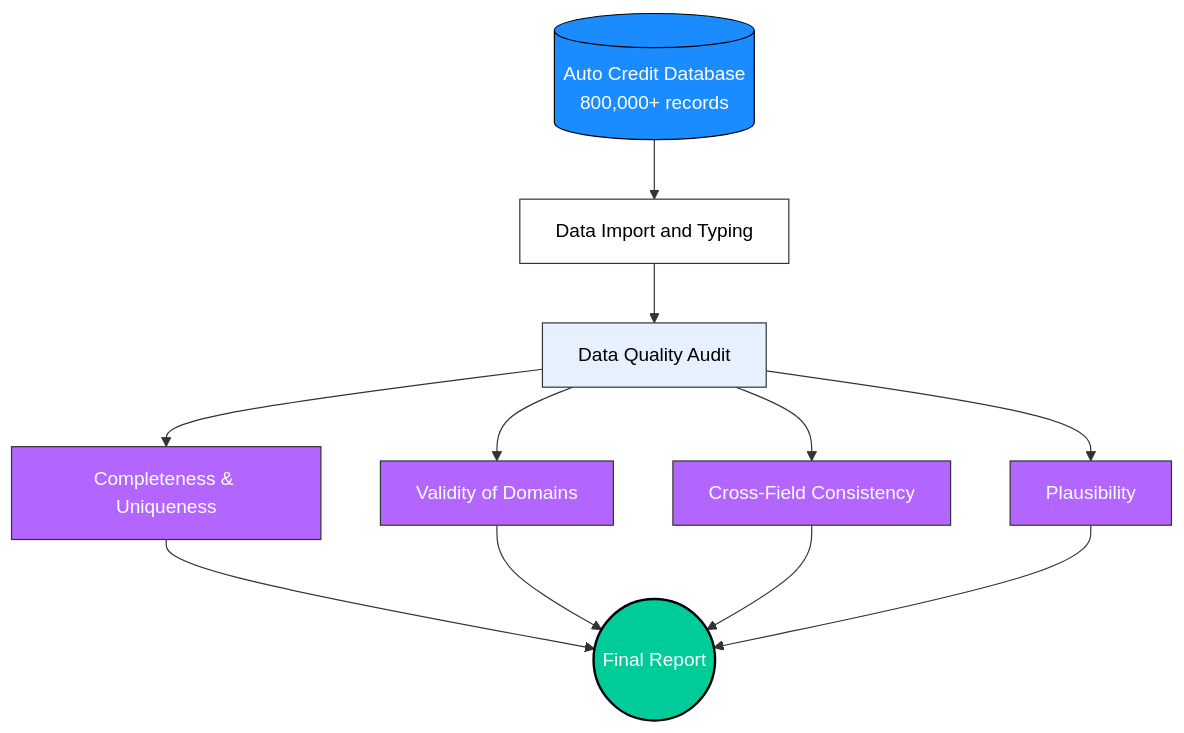
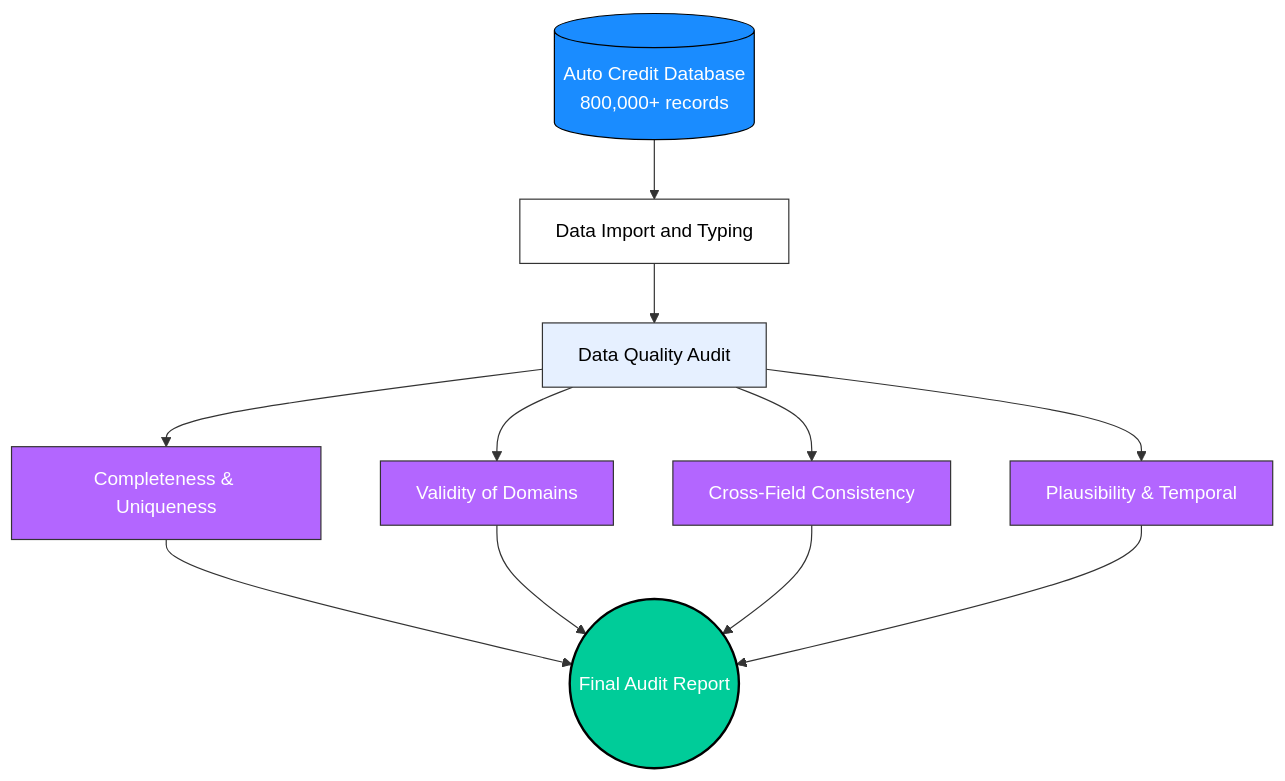
Before and after one commit to EnzoL987/Credit_Auto_Data_Quality_Audit_Econ: the diagram in README.md, drawn with Mermaid.

Commit message:
Update README for plausibility and report naming

````diff
--- a/README.md
+++ b/README.md
@@ -17,27 +17,27 @@
 ```mermaid 
 graph TD
     %% Source
     A[(Auto Credit Database <br/> 800,000+ records)]:::blue --> B[Data Import and Typing]:::white
 
     %% Audit of the 6 dimensions
     B --> C[Data Quality Audit]:::light
     
     C --> D[Completeness & Uniqueness]:::purple
     C --> E[Validity of Domains]:::purple
     C --> F[Cross-Field Consistency]:::purple
-    C --> G[Plausibility]:::purple
+    C --> G[Plausibility & Temporal]:::purple
 
     %% Report
-    D --> H((Final Report)):::green
+    D --> H((Final Audit Report)):::green
     E --> H
     F --> H
     G --> H
 
 
     %% Styles
     classDef blue fill:#1a8cff,stroke:#000,stroke-width:1px,color:#fff;
     classDef white fill:#ffffff,stroke:#333,stroke-width:1px,color:#000;
     classDef light fill:#e6f0ff,stroke:#333,stroke-width:1px,color:#000;
     classDef purple fill:#b366ff,stroke:#333,stroke-width:1px,color:#fff;
     classDef green fill:#00cc99,stroke:#000,stroke-width:2px,color:#fff;
 ```
````
